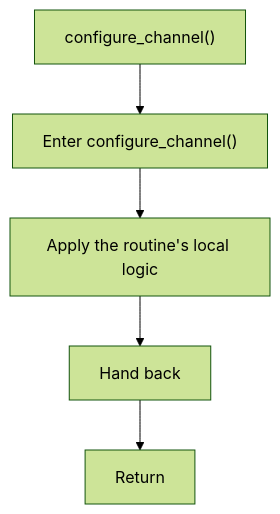
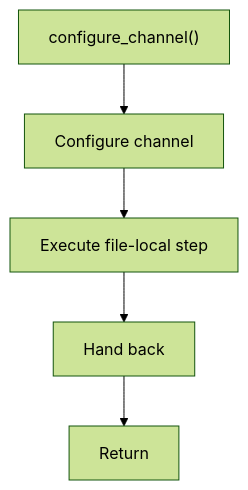
Before and after one commit to JohnAndrewBalbarosa/NeoTerritory: the seventh of 9 diagrams in docs/Codebase/LegacyPatternTransformSamples/legacy_singleton_to_builder_sample.cpp.md, drawn with Mermaid (forest theme). The commit also changed other lines of this file and 925 other files, not shown here.

````diff
--- a/docs/Codebase/LegacyPatternTransformSamples/legacy_singleton_to_builder_sample.cpp.md
+++ b/docs/Codebase/LegacyPatternTransformSamples/legacy_singleton_to_builder_sample.cpp.md
@@ -169,12 +168,12 @@
 ```mermaid
 flowchart TD
     Start["configure_channel()"]
-    N0["Enter configure_channel()"]
-    N1["Apply the routine's local logic"]
+    N0["Configure channel"]
+    N1["Execute file-local step"]
     N2["Hand back"]
     End["Return"]
     Start --> N0
     N0 --> N1
     N1 --> N2
     N2 --> End
 ```
````
